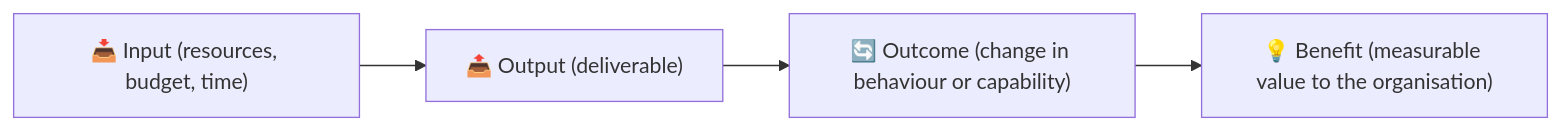
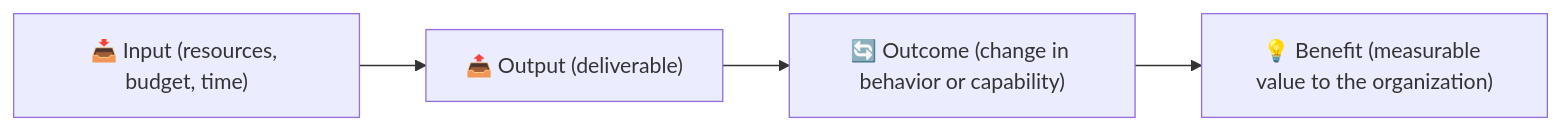
The fourth of 4 diagrams in modules/01-foundations.md (UncleJS/course_projectManagement), drawn with Mermaid before and after one commit. The commit also changed other lines of this file and 63 other files, not shown here.

````diff
--- a/modules/01-foundations.md
+++ b/modules/01-foundations.md
@@ -242,8 +242,8 @@
 ```mermaid
 flowchart LR
     I["📥 Input (resources, budget, time)"]
     O["📤 Output (deliverable)"]
-    OC["🔄 Outcome (change in behaviour or capability)"]
-    B["💡 Benefit (measurable value to the organisation)"]
+    OC["🔄 Outcome (change in behavior or capability)"]
+    B["💡 Benefit (measurable value to the organization)"]
     I --> O --> OC --> B
 ```
````
